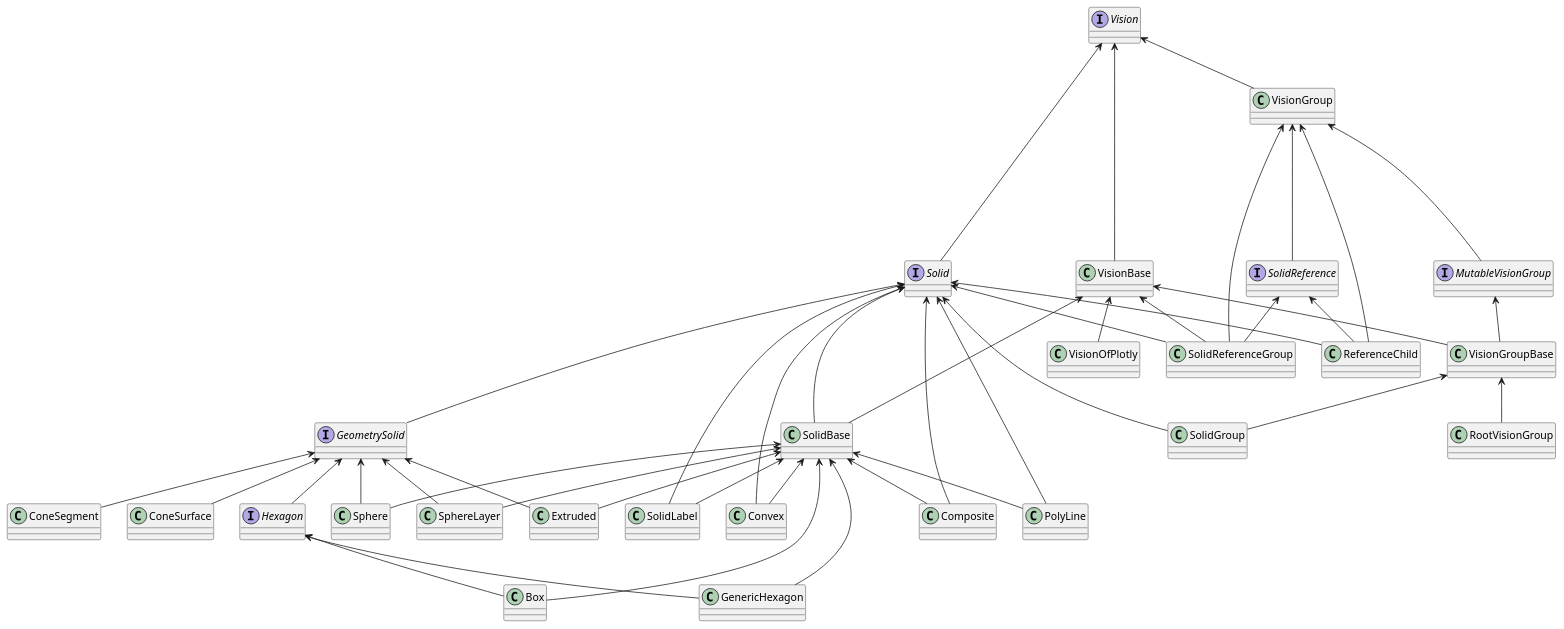
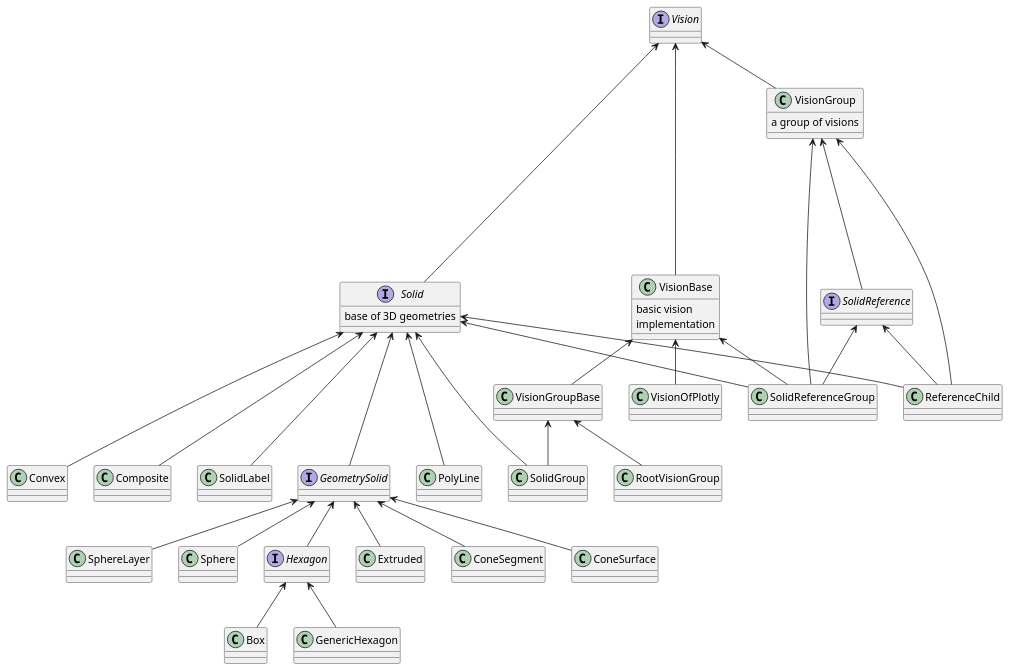
One commit to SciProgCentre/visionforge changed the diagram in docs/uml/Vision.puml. Above: the diagram before and after it, drawn with PlantUML.

```diff
--- a/docs/uml/Vision.puml
+++ b/docs/uml/Vision.puml
@@ -1,106 +1,95 @@
 @startuml
 'https://plantuml.com/class-diagram
 interface Vision
 
-interface Solid
+interface Solid{
+    base of 3D geometries
+}
 Vision <- Solid
 
-class VisionGroup
+class VisionGroup{
+    a group of visions
+}
 Vision <-- VisionGroup
 
-class VisionBase
+class VisionBase{
+    basic vision
+    implementation
+}
 Vision <- VisionBase
 
 
 class SolidLabel
 Solid <--- SolidLabel
-SolidBase <-- SolidLabel
 
 class SolidGroup
 Solid <--- SolidGroup
 VisionGroupBase <-- SolidGroup
 
-class SolidBase
-Solid <--- SolidBase
-VisionBase <-- SolidBase
-
 
 class SphereLayer
-SolidBase <-- SphereLayer
 GeometrySolid <-- SphereLayer
 
 class Sphere
-SolidBase <-- Sphere
 GeometrySolid <-- Sphere
 
 class Box
-SolidBase <-- Box
 Hexagon <-- Box
 
 class GenericHexagon
-SolidBase <-- GenericHexagon
 Hexagon <-- GenericHexagon
 
 class Extruded
-SolidBase <-- Extruded
 GeometrySolid <-- Extruded
 
 
 class PolyLine
 Solid <--- PolyLine
-SolidBase <-- PolyLine
 
 interface GeometrySolid
 Solid <--- GeometrySolid
 
 
 interface Hexagon
 GeometrySolid <-- Hexagon
 
 class ConeSegment
 GeometrySolid <-- ConeSegment
 
 class ConeSurface
 GeometrySolid <-- ConeSurface
 
 
 class Convex
 Solid <--- Convex
-SolidBase <-- Convex
 
 class Composite
 Solid <--- Composite
-SolidBase <-- Composite
 
 
 interface SolidReference
 VisionGroup <---- SolidReference
-
-interface MutableVisionGroup
-VisionGroup <---- MutableVisionGroup
 
 class SolidReferenceGroup
 VisionGroup <-- SolidReferenceGroup
 Solid <-- SolidReferenceGroup
 VisionBase <-- SolidReferenceGroup
 SolidReference <-- SolidReferenceGroup
 
 class ReferenceChild
 VisionGroup <-- ReferenceChild
 Solid <-- ReferenceChild
 SolidReference <-- ReferenceChild
 
 
 class VisionGroupBase
 VisionBase <-- VisionGroupBase
-MutableVisionGroup <-- VisionGroupBase
-
 
 
 class RootVisionGroup
 VisionGroupBase <-- RootVisionGroup
 
 
 class VisionOfPlotly
 VisionBase <-- VisionOfPlotly
 @enduml
```
